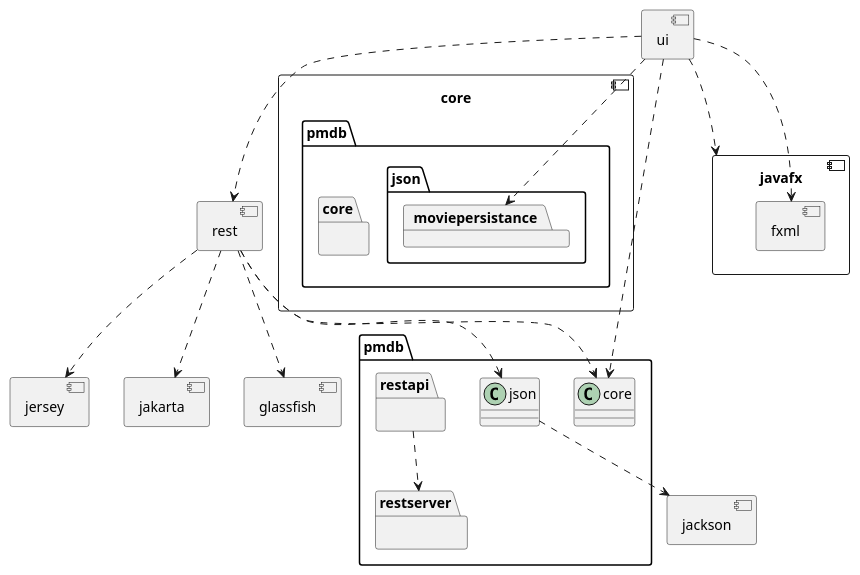
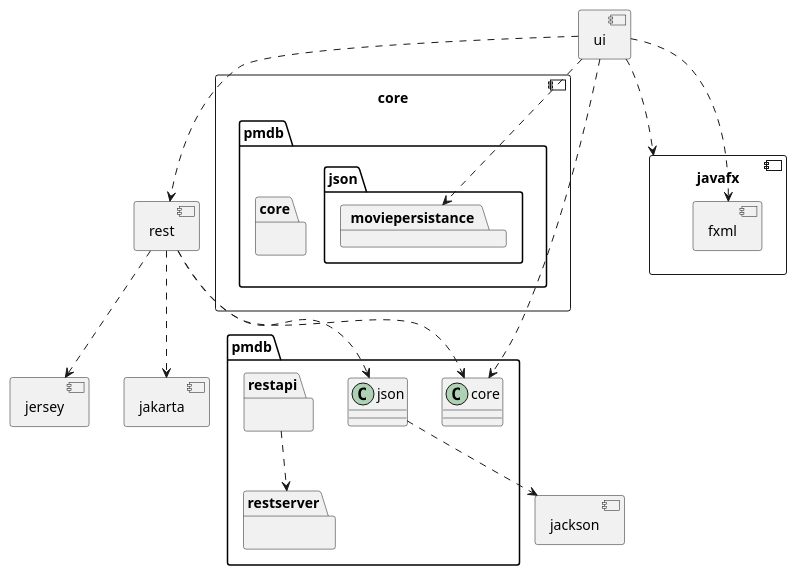
One commit to paamb/IT1901 changed the diagram in pmdb/package.puml. Above: the diagram before and after it, drawn with PlantUML.

```diff
--- a/pmdb/package.puml
+++ b/pmdb/package.puml
@@ -1,51 +1,47 @@
 @startuml
 allow_mixing
 component core {
     package pmdb.core{
     }
     package pmdb.json{
         package moviepersistance
     }
 }
 component jackson{
 
 }
 pmdb.json ..> jackson
 component jersey{
 
 }
 component jakarta {
 
 }
-component glassfish{
-
-}
 component rest{
     package pmdb.restapi{
 
     }
     package pmdb.restserver{
     
     }
 }
 pmdb.restapi ..> pmdb.restserver
 rest..> pmdb.core
 rest ..> jakarta
 rest ..> jersey
-rest ..> glassfish
 rest ..> pmdb.json
 
 component ui {
 
     }
 component javafx{
     component fxml{
 
         }
     }
 ui ..> javafx
 ui ..> fxml
 ui..> moviepersistance
 ui..> pmdb.core
 ui..> rest
 @enduml
```
